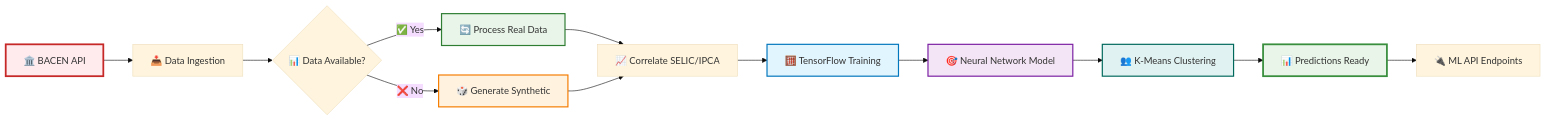
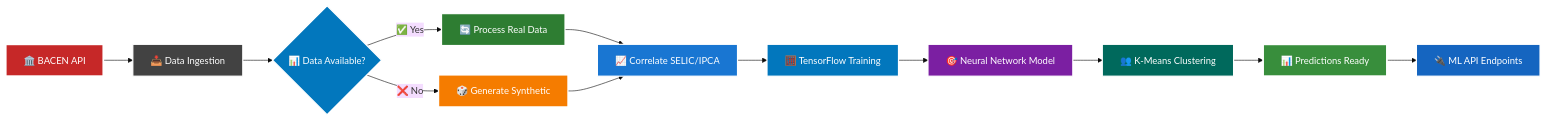
One commit to gregorizeidler/CREDITECH changed the second of 3 diagrams in README.md. Above: the diagram before and after it, drawn with Mermaid (base theme). The commit also changed other lines of this file, not shown here.

Commit message:
🎨 Melhora contraste dos fluxogramas mermaid para melhor legibilidade

````diff
--- a/README.md
+++ b/README.md
@@ -559,26 +562,30 @@
 ```mermaid
 flowchart LR
     A[🏛️ BACEN API] --> B[📥 Data Ingestion]
     B --> C{📊 Data Available?}
     
     C -->|✅ Yes| D[🔄 Process Real Data]
     C -->|❌ No| E[🎲 Generate Synthetic]
     
     D --> F[📈 Correlate SELIC/IPCA]
     E --> F
     
     F --> G[🧮 TensorFlow Training]
     G --> H[🎯 Neural Network Model]
     H --> I[👥 K-Means Clustering]
     
     I --> J[📊 Predictions Ready]
     J --> K[🔌 ML API Endpoints]
     
-    style A fill:#ffebee,stroke:#c62828,stroke-width:3px
-    style D fill:#e8f5e8,stroke:#2e7d32,stroke-width:2px
-    style E fill:#fff3e0,stroke:#f57c00,stroke-width:2px
-    style G fill:#e1f5fe,stroke:#0277bd,stroke-width:2px
-    style H fill:#f3e5f5,stroke:#7b1fa2,stroke-width:2px
-    style I fill:#e0f2f1,stroke:#00695c,stroke-width:2px
-    style J fill:#e8f5e8,stroke:#388e3c,stroke-width:3px
+    style A fill:#c62828,stroke:#ffffff,stroke-width:3px,color:#ffffff
+    style B fill:#424242,stroke:#ffffff,stroke-width:2px,color:#ffffff
+    style C fill:#0277bd,stroke:#ffffff,stroke-width:2px,color:#ffffff
+    style D fill:#2e7d32,stroke:#ffffff,stroke-width:2px,color:#ffffff
+    style E fill:#f57c00,stroke:#ffffff,stroke-width:2px,color:#ffffff
+    style F fill:#1976d2,stroke:#ffffff,stroke-width:2px,color:#ffffff
+    style G fill:#0277bd,stroke:#ffffff,stroke-width:2px,color:#ffffff
+    style H fill:#7b1fa2,stroke:#ffffff,stroke-width:2px,color:#ffffff
+    style I fill:#00695c,stroke:#ffffff,stroke-width:2px,color:#ffffff
+    style J fill:#388e3c,stroke:#ffffff,stroke-width:3px,color:#ffffff
+    style K fill:#1565c0,stroke:#ffffff,stroke-width:2px,color:#ffffff
 ```
````
